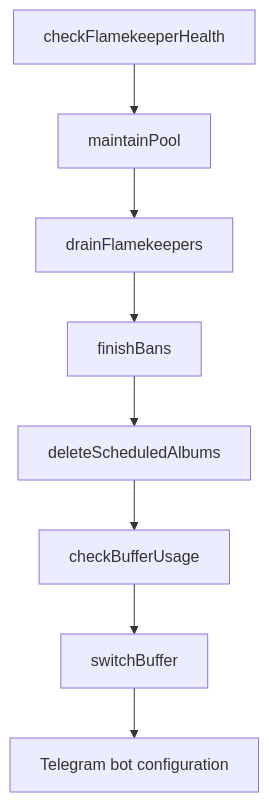
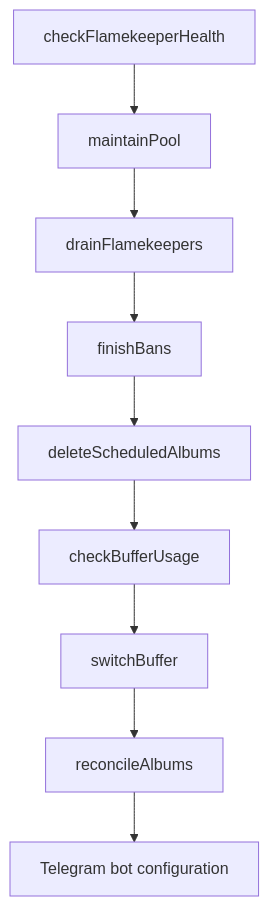
The first of 5 diagrams in docs/scenarios/cron/hourly.md (sagyzdop/meriksirat), drawn with Mermaid before and after one commit. The commit also changed other lines of this file and 53 other files, not shown here.

````diff
--- a/docs/scenarios/cron/hourly.md
+++ b/docs/scenarios/cron/hourly.md
@@ -5,10 +5,11 @@
 ```mermaid
 flowchart TD
     A[checkFlamekeeperHealth] --> B[maintainPool]
     B --> C[drainFlamekeepers]
     C --> D[finishBans]
     D --> E[deleteScheduledAlbums]
     E --> F[checkBufferUsage]
     F --> F2[switchBuffer]
-    F2 --> G[Telegram bot configuration]
+    F2 --> F3[reconcileAlbums]
+    F3 --> G[Telegram bot configuration]
 ```
````
